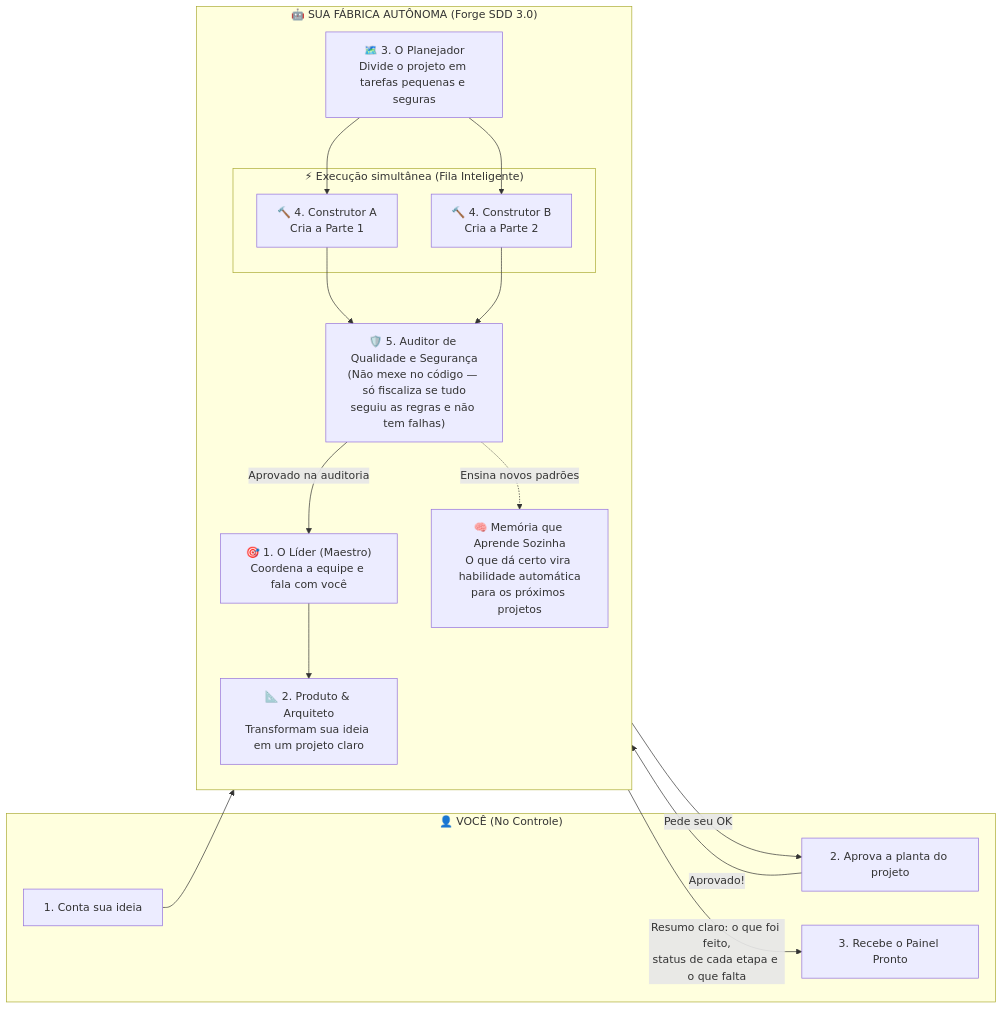
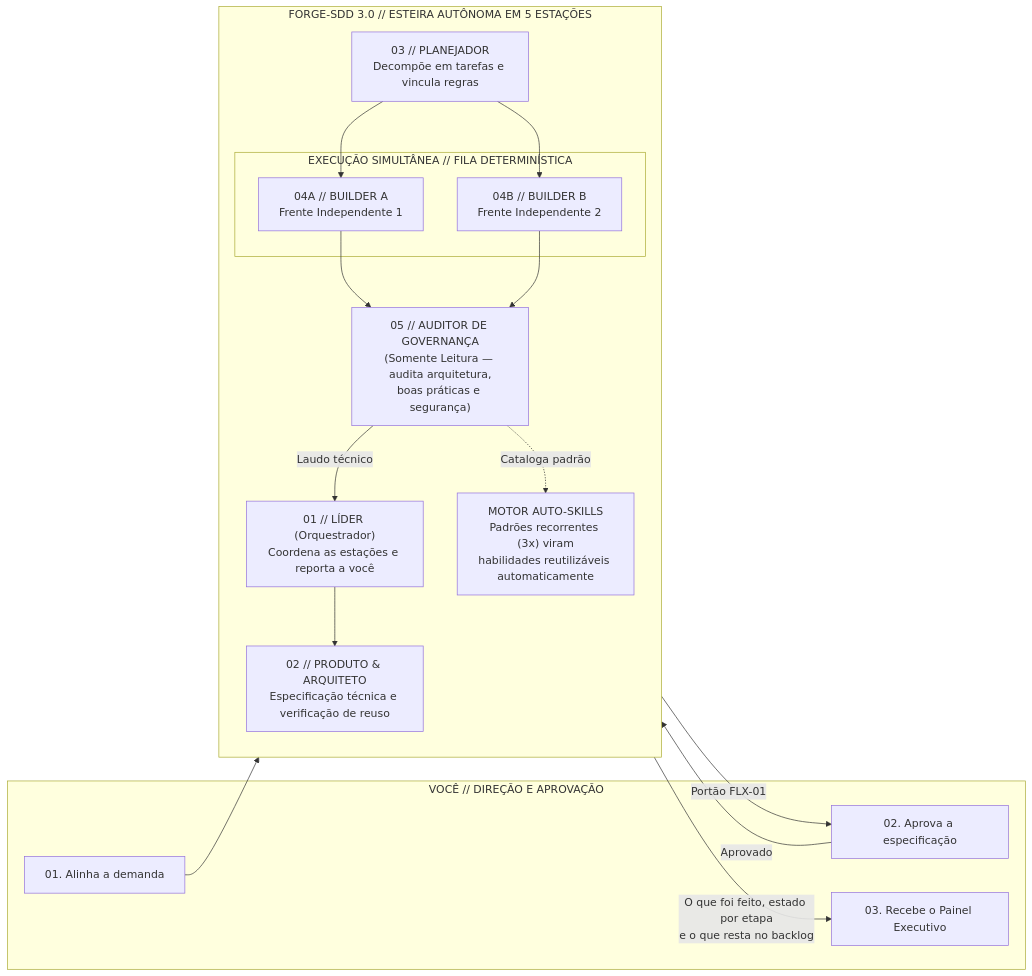
The diagram in README.md (nathanramorim/forge-sdd), drawn with Mermaid before and after one commit. The commit also changed other lines of this file and 3 other files, not shown here.

````diff
--- a/README.md
+++ b/README.md
@@ -48,33 +48,33 @@
 ```mermaid
 flowchart LR
-    subgraph Voce["👤 VOCÊ (No Controle)"]
-        V1["1. Conta sua ideia"]
-        V2["2. Aprova a planta do projeto"]
-        V3["3. Recebe o Painel Pronto"]
+    subgraph Voce["VOCÊ // DIREÇÃO E APROVAÇÃO"]
+        V1["01. Alinha a demanda"]
+        V2["02. Aprova a especificação"]
+        V3["03. Recebe o Painel Executivo"]
     end
 
-    subgraph Equipe["🤖 SUA FÁBRICA AUTÔNOMA (Forge SDD 3.0)"]
+    subgraph Equipe["FORGE-SDD 3.0 // ESTEIRA AUTÔNOMA EM 5 ESTAÇÕES"]
         direction TB
-        E1["🎯 1. O Líder (Maestro)<br/>Coordena a equipe e fala com você"]
-        E2["📐 2. Produto & Arquiteto<br/>Transformam sua ideia em um projeto claro"]
-        E3["🗺️ 3. O Planejador<br/>Divide o projeto em tarefas pequenas e seguras"]
+        E1["01 // LÍDER (Orquestrador)<br/>Coordena as estações e reporta a você"]
+        E2["02 // PRODUTO & ARQUITETO<br/>Especificação técnica e verificação de reuso"]
+        E3["03 // PLANEJADOR<br/>Decompõe em tarefas e vincula regras"]
 
-        subgraph Paralelo["⚡ Execução simultânea (Fila Inteligente)"]
-            B1["🔨 4. Construtor A<br/>Cria a Parte 1"]
-            B2["🔨 4. Construtor B<br/>Cria a Parte 2"]
+        subgraph Paralelo["EXECUÇÃO SIMULTÂNEA // FILA DETERMINÍSTICA"]
+            B1["04A // BUILDER A<br/>Frente Independente 1"]
+            B2["04B // BUILDER B<br/>Frente Independente 2"]
         end
 
-        E5["🛡️ 5. Auditor de Qualidade e Segurança<br/>(Não mexe no código — só fiscaliza se tudo<br/>seguiu as regras e não tem falhas)"]
-        SK["🧠 Memória que Aprende Sozinha<br/>O que dá certo vira habilidade automática<br/>para os próximos projetos"]
+        E5["05 // AUDITOR DE GOVERNANÇA<br/>(Somente Leitura — audita arquitetura,<br/>boas práticas e segurança)"]
+        SK["MOTOR AUTO-SKILLS<br/>Padrões recorrentes (3x) viram<br/>habilidades reutilizáveis automaticamente"]
     end
 
     V1 --> E1
     E1 --> E2
-    E2 -->|"Pede seu OK"| V2
-    V2 -->|"Aprovado!"| E3
+    E2 -->|"Portão FLX-01"| V2
+    V2 -->|"Aprovado"| E3
     E3 --> B1 & B2
     B1 & B2 --> E5
-    E5 -->|"Aprovado na auditoria"| E1
-    E5 -.->|"Ensina novos padrões"| SK
-    E1 -->|"Resumo claro: o que foi feito,<br/>status de cada etapa e o que falta"| V3
+    E5 -->|"Laudo técnico"| E1
+    E5 -.->|"Cataloga padrão"| SK
+    E1 -->|"O que foi feito, estado por etapa<br/>e o que resta no backlog"| V3
 ```
````
